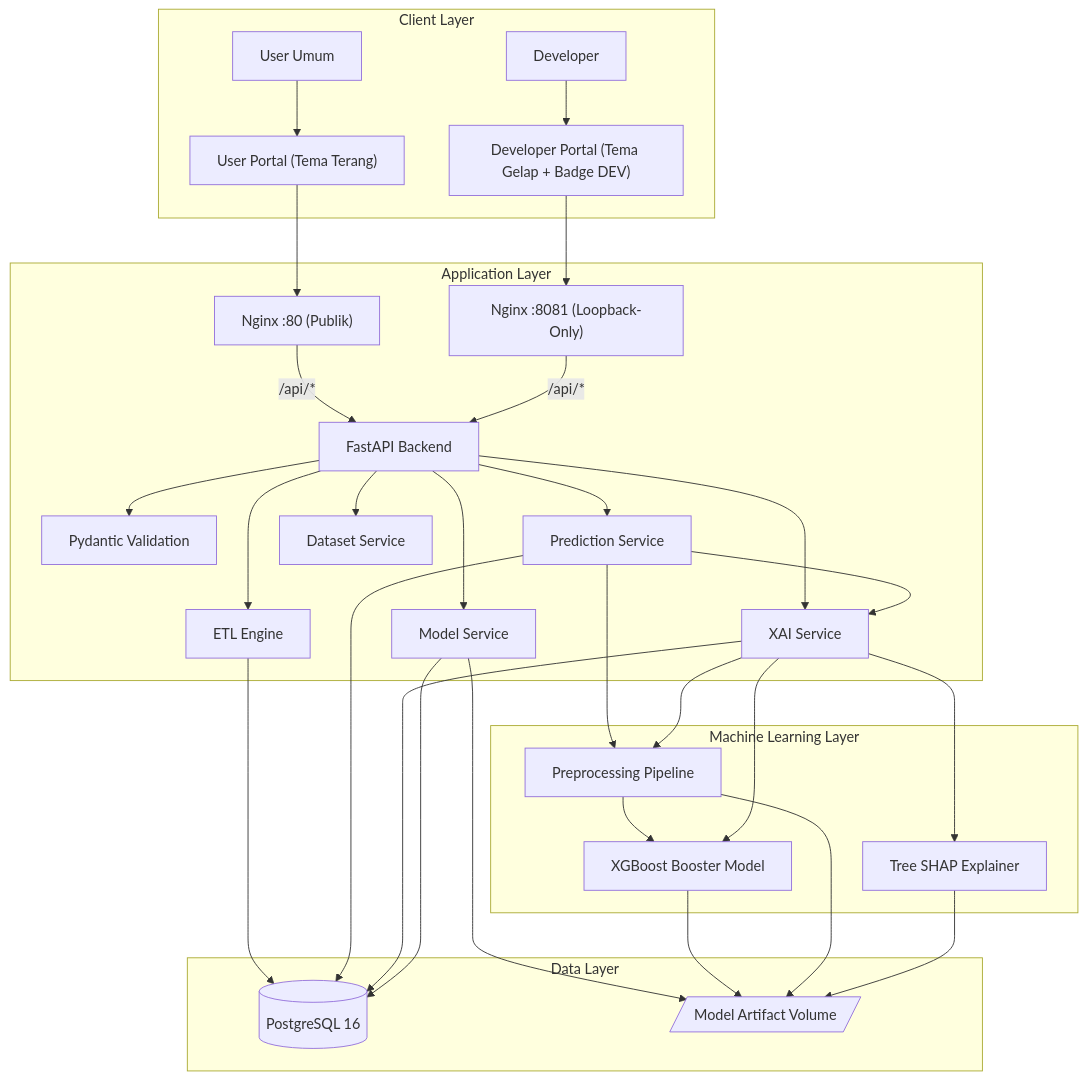
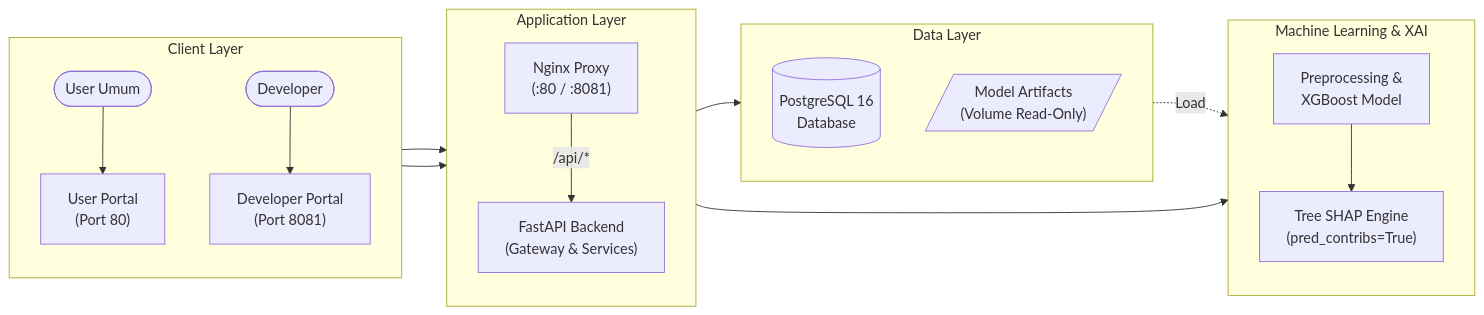
One commit to RistoKuy/XAI_Car_CP changed the tenth of 13 diagrams in README.md. Above: the diagram before and after it, drawn with Mermaid. The commit also changed other lines of this file and 2 other files, not shown here.

First line of the commit message:
docs(bab4): simplify topology and use case diagram

````diff
--- a/README.md
+++ b/README.md
@@ -1201,55 +1182,36 @@
 ```mermaid
-flowchart TB
-    subgraph Client[Client Layer]
-        U[User Umum]
-        D[Developer]
-        FE["User Portal (Tema Terang)"]
-        DEV["Developer Portal (Tema Gelap + Badge DEV)"]
+flowchart LR
+    subgraph Client["Client Layer"]
+        direction TB
+        U(["User Umum"]) --> FE["User Portal\n(Port 80)"]
+        D(["Developer"]) --> DEV["Developer Portal\n(Port 8081)"]
     end
-    subgraph App[Application Layer]
-        N80["Nginx :80 (Publik)"]
-        N8081["Nginx :8081 (Loopback-Only)"]
-        F[FastAPI Backend]
-        V[Pydantic Validation]
-        S[Prediction Service]
-        X[XAI Service]
-        DM[Dataset Service]
-        ETL[ETL Engine]
-        MS[Model Service]
+
+    subgraph App["Application Layer"]
+        direction TB
+        NGX["Nginx Proxy\n(:80 / :8081)"]
+        API["FastAPI Backend\n(Gateway & Services)"]
+        NGX -->|"/api/*"| API
     end
-    subgraph ML[Machine Learning Layer]
-        P[Preprocessing Pipeline]
-        M[XGBoost Booster Model]
-        SH[Tree SHAP Explainer]
+
+    subgraph ML["Machine Learning & XAI"]
+        direction TB
+        PRE["Preprocessing &\nXGBoost Model"]
+        XAI["Tree SHAP Engine\n(pred_contribs=True)"]
+        PRE --> XAI
     end
-    subgraph Data[Data Layer]
-        PG[(PostgreSQL 16)]
-        FS[/Model Artifact Volume/]
+
+    subgraph Data["Data Layer"]
+        direction TB
+        DB[("PostgreSQL 16\nDatabase")]
+        ART[/"Model Artifacts\n(Volume Read-Only)"/]
     end
-    U --> FE
-    D --> DEV
-    FE --> N80
-    DEV --> N8081
-    N80 -->|"/api/*"| F
-    N8081 -->|"/api/*"| F
-    F --> V
-    F --> S
-    F --> X
-    F --> DM
-    F --> ETL
-    F --> MS
-    S --> P
-    P --> M
-    S --> X
-    X --> SH
-    X --> M
-    X --> P
-    ETL --> PG
-    S --> PG
-    X --> PG
-    MS --> PG
-    MS --> FS
-    M --> FS
-    P --> FS
-    SH --> FS
+
+    FE --> NGX
+    DEV --> NGX
+
+    API --> PRE
+    API --> DB
+
+    ART -.->|Load| PRE
 ```
````
